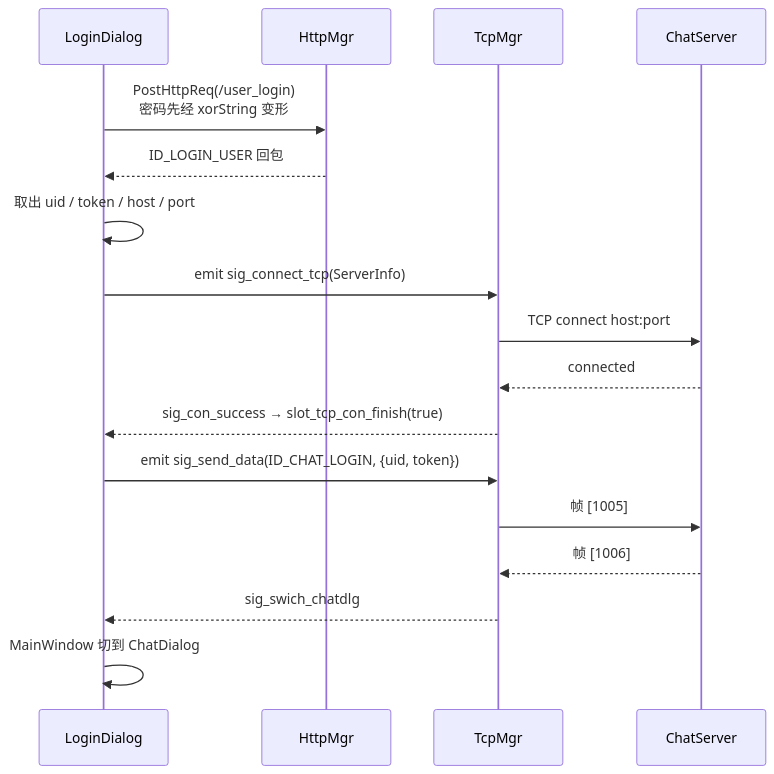
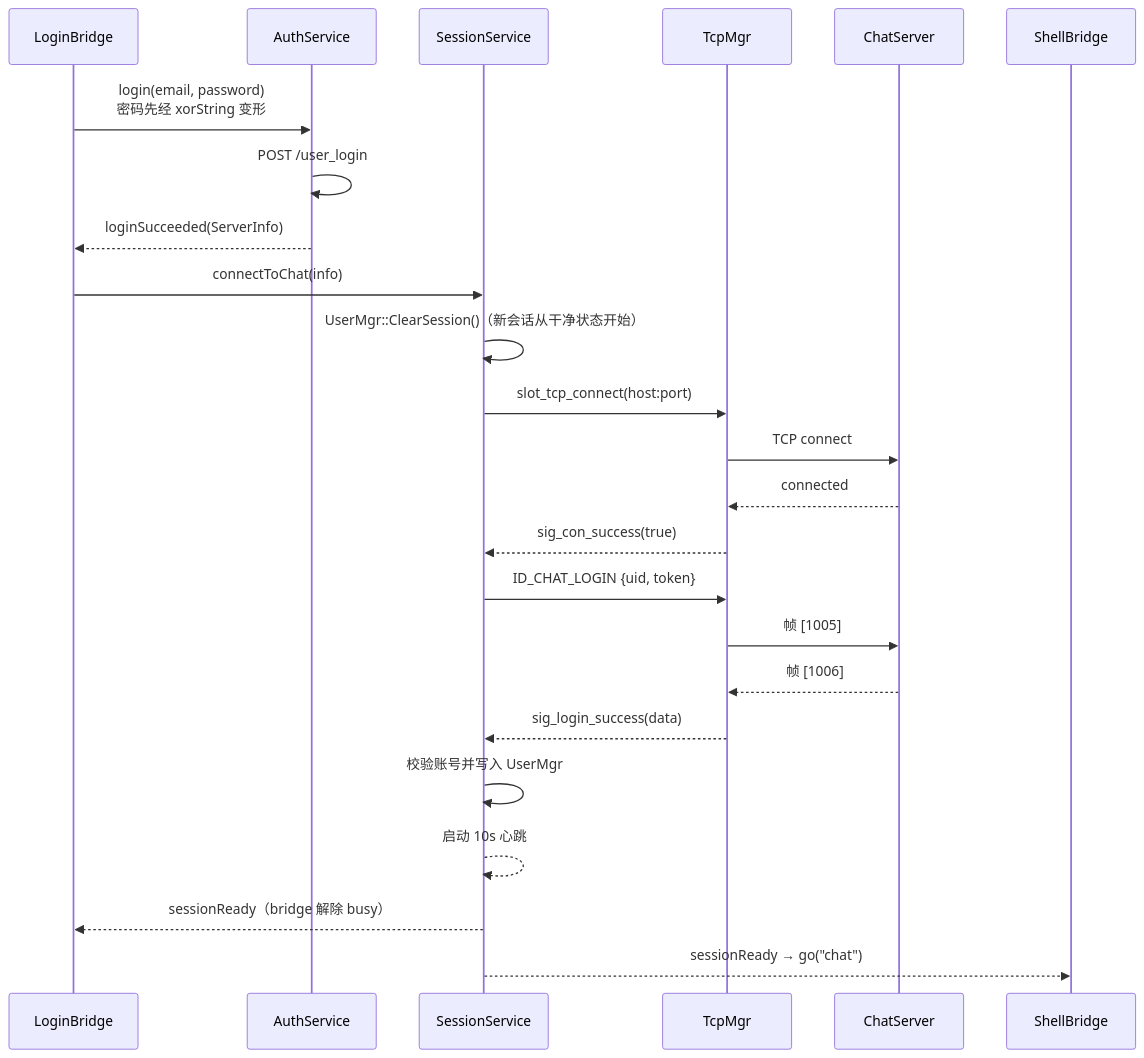
Before and after one commit to yrc920/xiguchat: the diagram in docs/06-client.md, drawn with Mermaid. The commit also changed other lines of this file and 208 other files, not shown here.

````diff
--- a/docs/06-client.md
+++ b/docs/06-client.md
@@ -98,20 +112,26 @@
 ```mermaid
 sequenceDiagram
-    participant U as LoginDialog
-    participant H as HttpMgr
+    participant U as LoginBridge
+    participant A as AuthService
+    participant S as SessionService
     participant T as TcpMgr
-    participant S as ChatServer
+    participant C as ChatServer
 
-    U->>H: PostHttpReq(/user_login)<br/>密码先经 xorString 变形
-    H-->>U: ID_LOGIN_USER 回包
-    U->>U: 取出 uid / token / host / port
-    U->>T: emit sig_connect_tcp(ServerInfo)
-    T->>S: TCP connect host:port
-    S-->>T: connected
-    T-->>U: sig_con_success → slot_tcp_con_finish(true)
-    U->>T: emit sig_send_data(ID_CHAT_LOGIN, {uid, token})
-    T->>S: 帧 [1005]
-    S-->>T: 帧 [1006]
-    T-->>U: sig_swich_chatdlg
-    U->>U: MainWindow 切到 ChatDialog
+    U->>A: login(email, password)<br/>密码先经 xorString 变形
+    A->>A: POST /user_login
+    A-->>U: loginSucceeded(ServerInfo)
+    U->>S: connectToChat(info)
+    S->>S: UserMgr::ClearSession()（新会话从干净状态开始）
+    S->>T: slot_tcp_connect(host:port)
+    T->>C: TCP connect
+    C-->>T: connected
+    T-->>S: sig_con_success(true)
+    S->>T: ID_CHAT_LOGIN {uid, token}
+    T->>C: 帧 [1005]
+    C-->>T: 帧 [1006]
+    T-->>S: sig_login_success(data)
+    S->>S: 校验账号并写入 UserMgr
+    S-->>S: 启动 10s 心跳
+    S-->>U: sessionReady（bridge 解除 busy）
+    S-->>ShellBridge: sessionReady → go("chat")
 ```
````
